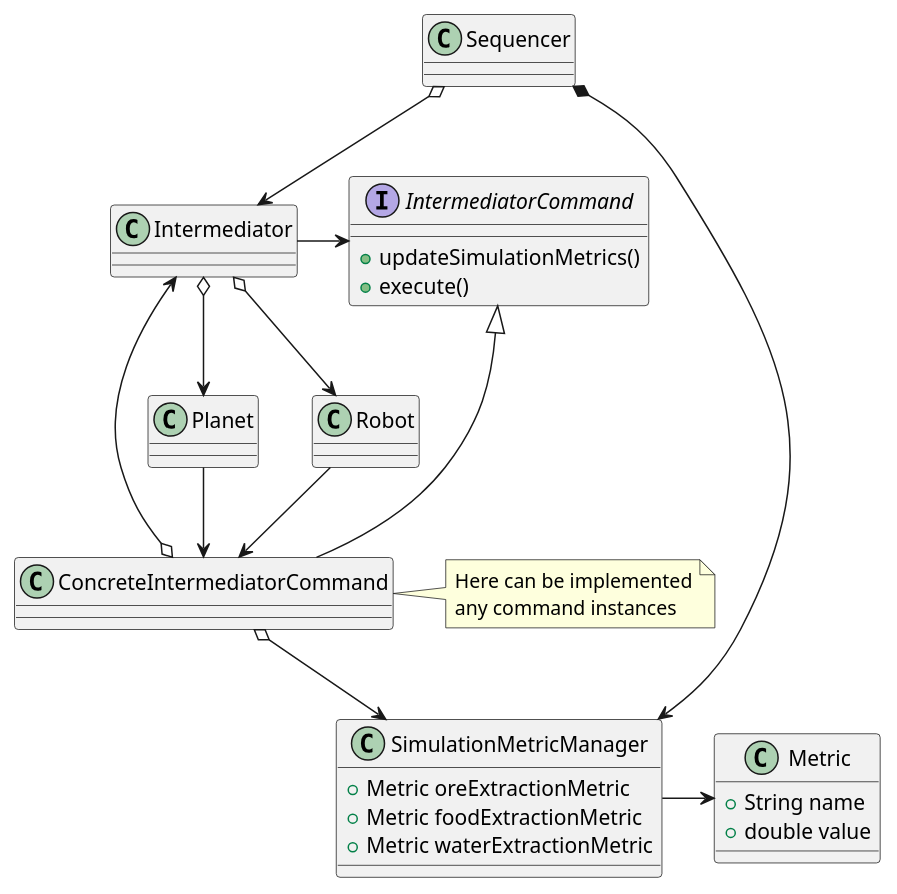
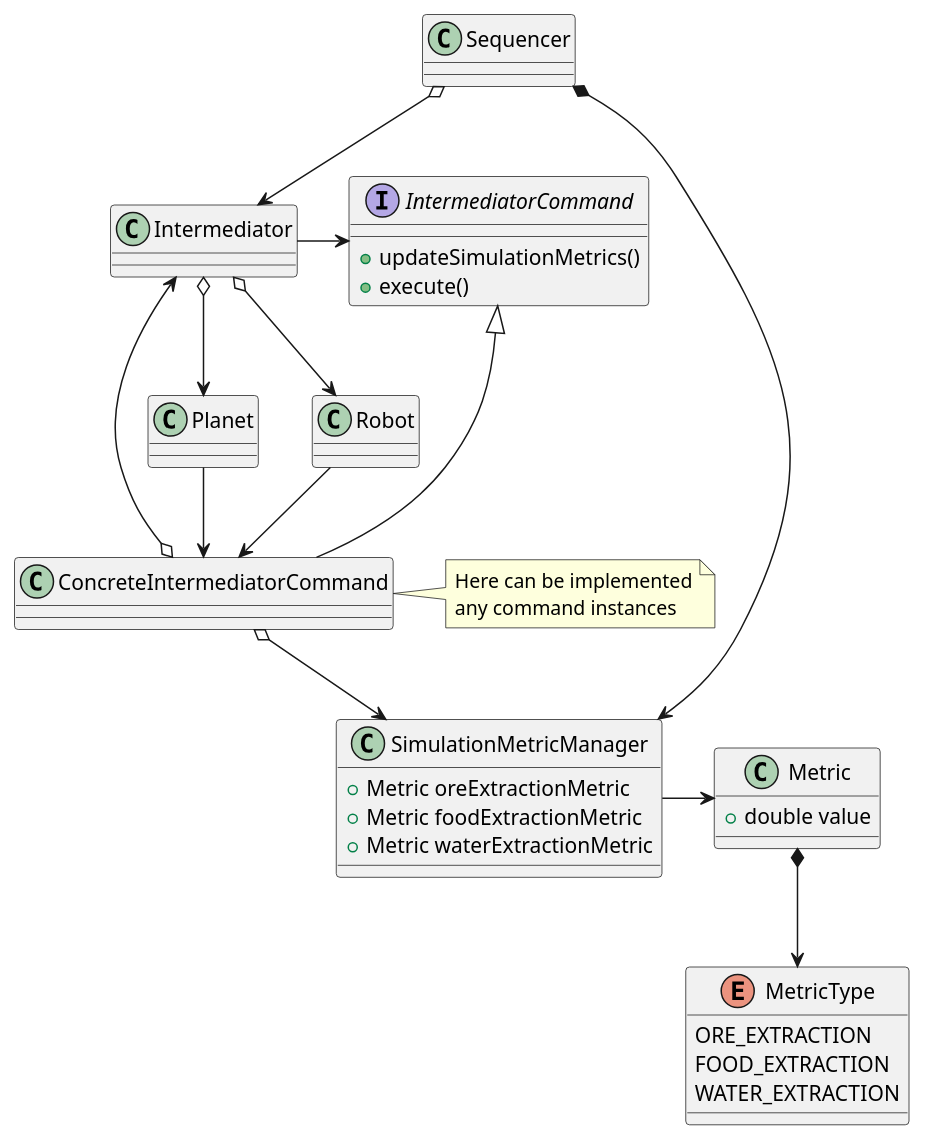
Before and after one commit to LEBOCQTitouan/ia-ensicaen-colonisation: the diagram in uml/class diagram/model/score/Score-system.puml, drawn with PlantUML. The commit also changed 3 other files, not shown here.

```diff
--- a/uml/class diagram/model/score/Score-system.puml
+++ b/uml/class diagram/model/score/Score-system.puml
@@ -1,47 +1,53 @@
 @startuml
 'https://plantuml.com/class-diagram
 
 class Sequencer
 
 class Intermediator
 class Planet
 class Robot
 
 interface IntermediatorCommand {
     +updateSimulationMetrics()
     +execute()
 }
 class ConcreteIntermediatorCommand
 
 Intermediator -> IntermediatorCommand
 Intermediator o-> Planet
 Intermediator o-> Robot
 
 ConcreteIntermediatorCommand o--> Intermediator
 
 Planet -> ConcreteIntermediatorCommand
 Robot -> ConcreteIntermediatorCommand
 
 IntermediatorCommand <|--- ConcreteIntermediatorCommand
 note right of ConcreteIntermediatorCommand
     Here can be implemented
     any command instances
 end note
 
 class Metric {
-    +String name
     +double value
 }
 class SimulationMetricManager {
     +Metric oreExtractionMetric
     +Metric foodExtractionMetric
     +Metric waterExtractionMetric
 }
+enum MetricType {
+    ORE_EXTRACTION
+    FOOD_EXTRACTION
+    WATER_EXTRACTION
+}
+
+Metric *--> MetricType
 
 ConcreteIntermediatorCommand o--> SimulationMetricManager
 SimulationMetricManager -> Metric
 
 Sequencer *--> SimulationMetricManager
 Sequencer o--> Intermediator
 
 @enduml
```
